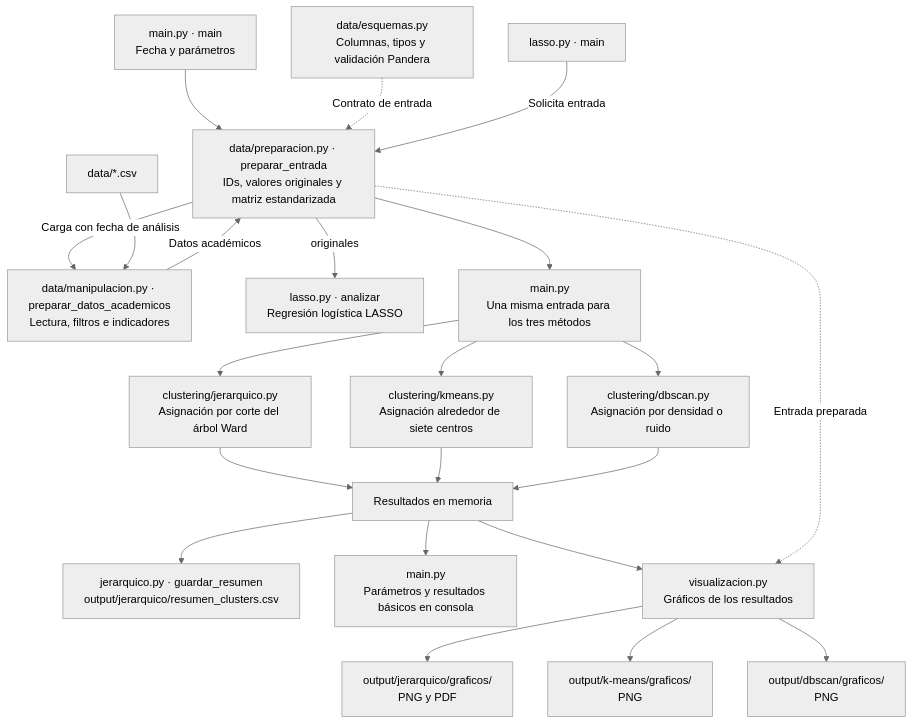
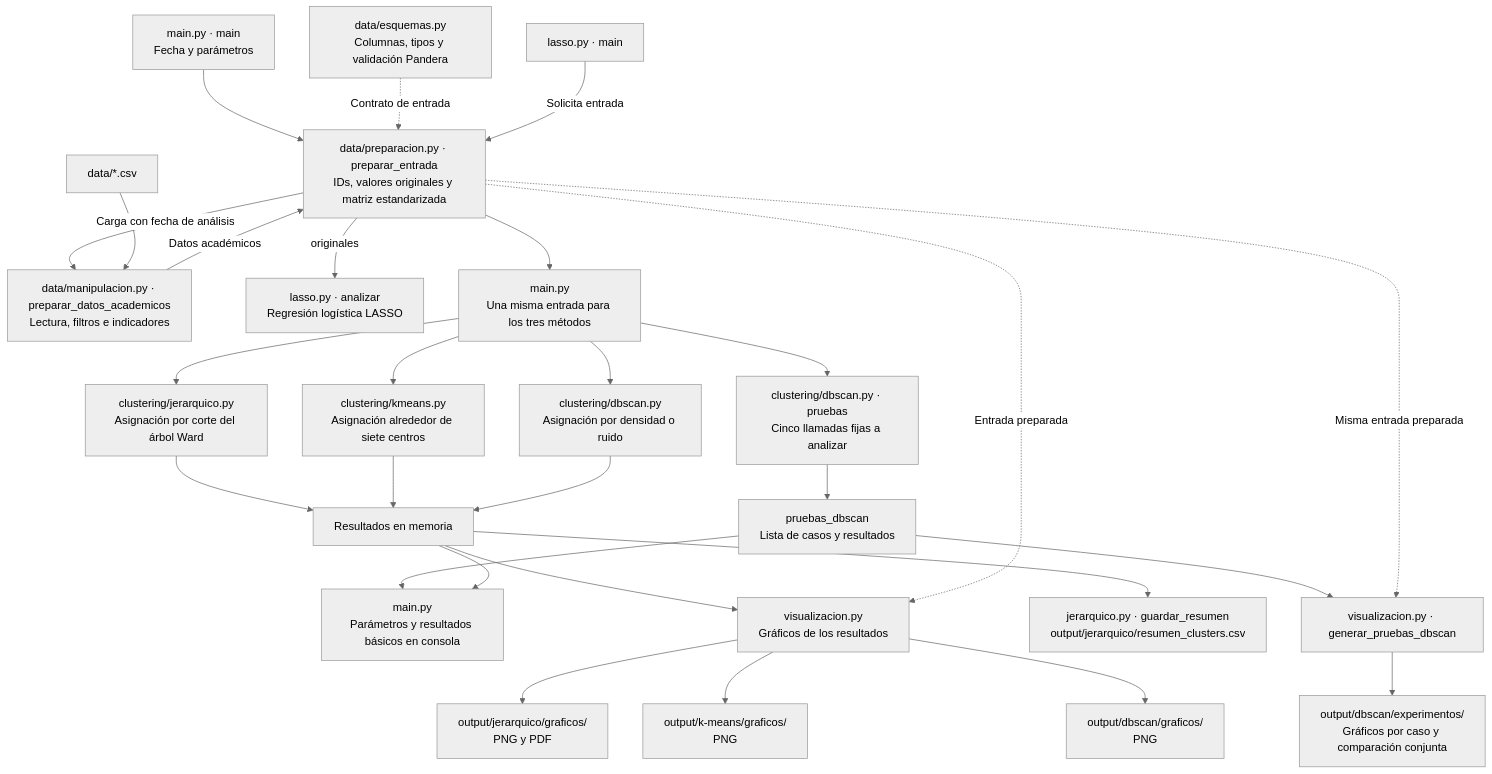
The diagram in docs/flujos/flujo-archivos.md (CowsmonDev/IO-Mineria-Codigo), drawn with Mermaid (neutral theme) before and after one commit. The commit also changed other lines of this file and 8 other files, not shown here.

Commit message:
feat: integrar casos representativos de DBSCAN en main

````diff
--- a/docs/flujos/flujo-archivos.md
+++ b/docs/flujos/flujo-archivos.md
@@ -7,24 +7,30 @@
 ```mermaid
 flowchart TD
     MAIN["main.py · main<br/>Fecha y parámetros"] --> PRE["data/preparacion.py · preparar_entrada<br/>IDs, valores originales y matriz estandarizada"]
     PRE -- "Carga con fecha de análisis" --> MAN["data/manipulacion.py · preparar_datos_academicos<br/>Lectura, filtros e indicadores"]
     CSV["data/*.csv"] --> MAN
     MAN -- "Datos académicos" --> PRE
     ESQ["data/esquemas.py<br/>Columnas, tipos y validación Pandera"] -. "Contrato de entrada" .-> PRE
     LASSO["lasso.py · main"] -- "Solicita entrada" --> PRE
     PRE -- "originales" --> LASSOFIT["lasso.py · analizar<br/>Regresión logística LASSO"]
     PRE --> EJ["main.py<br/>Una misma entrada para los tres métodos"]
     EJ --> J["clustering/jerarquico.py<br/>Asignación por corte del árbol Ward"]
     EJ --> K["clustering/kmeans.py<br/>Asignación alrededor de siete centros"]
     EJ --> D["clustering/dbscan.py<br/>Asignación por densidad o ruido"]
+    EJ --> PR["clustering/dbscan.py · pruebas<br/>Cinco llamadas fijas a analizar"]
+    PR --> CASOS["pruebas_dbscan<br/>Lista de casos y resultados"]
+    CASOS --> CONSOLA
+    CASOS --> VP["visualizacion.py · generar_pruebas_dbscan"]
+    PRE -. "Misma entrada preparada" .-> VP
+    VP --> EXP["output/dbscan/experimentos/<br/>Gráficos por caso y comparación conjunta"]
     J --> RES["Resultados en memoria"]
     K --> RES
     D --> RES
     RES --> CSVJ["jerarquico.py · guardar_resumen<br/>output/jerarquico/resumen_clusters.csv"]
     RES --> CONSOLA["main.py<br/>Parámetros y resultados básicos en consola"]
     RES --> VIS["visualizacion.py<br/>Gráficos de los resultados"]
     PRE -. "Entrada preparada" .-> VIS
     VIS --> JPNG["output/jerarquico/graficos/<br/>PNG y PDF"]
     VIS --> KPNG["output/k-means/graficos/<br/>PNG"]
     VIS --> DPNG["output/dbscan/graficos/<br/>PNG"]
 ```
````
